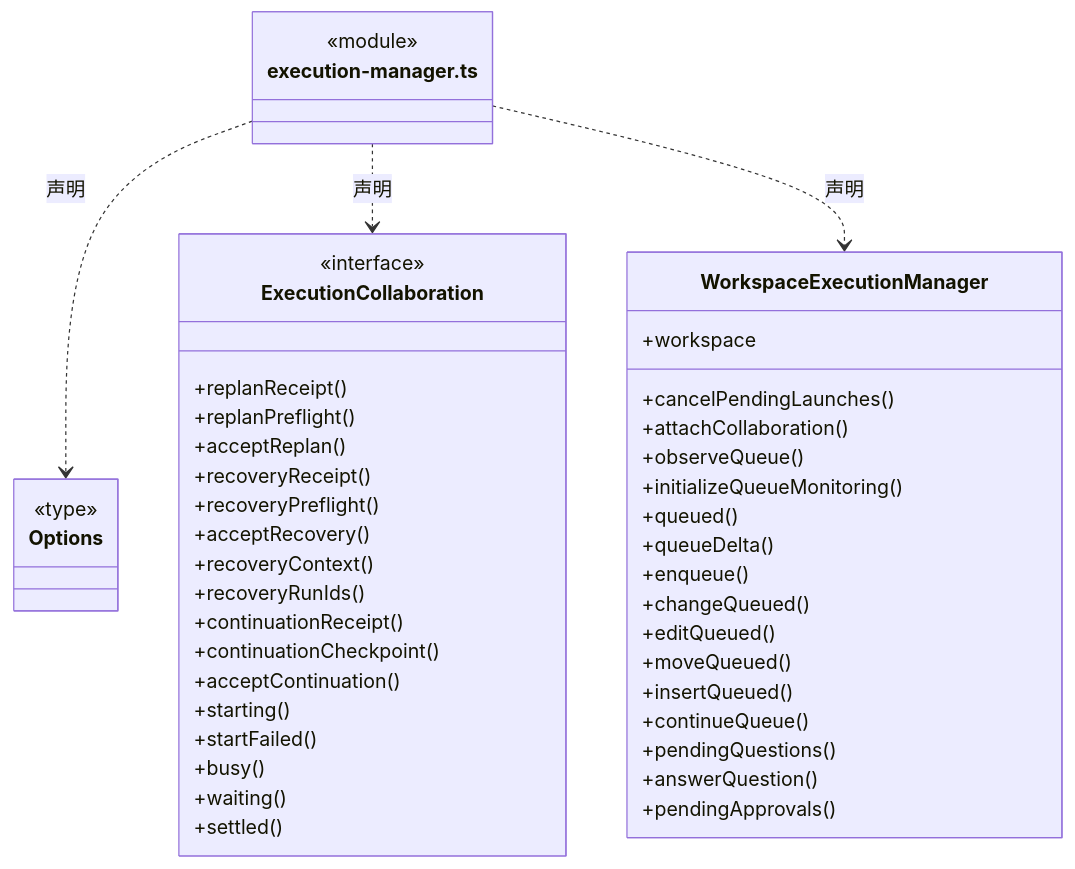
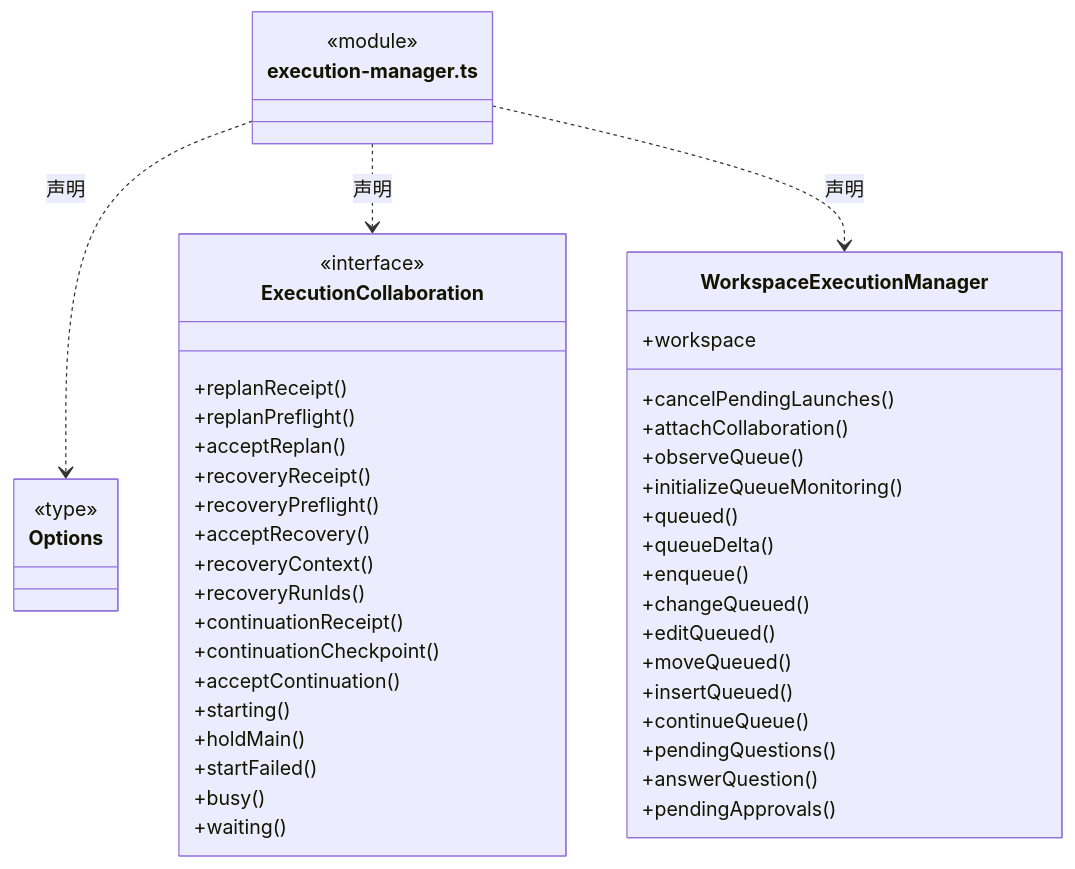
One commit to nan023062/cbim changed the ninth of 48 diagrams in src/backend/scheduler-engine/execution/ARCHITECTURE.md. Above: the diagram before and after it, drawn with Mermaid. The commit also changed other lines of this file and 64 other files, not shown here.

````diff
--- a/src/backend/scheduler-engine/execution/ARCHITECTURE.md
+++ b/src/backend/scheduler-engine/execution/ARCHITECTURE.md
@@ -262,50 +277,50 @@
 ```mermaid
 classDiagram
 class N_src_backend_scheduler_engine_execution_execution_manager_ts["execution-manager.ts"] {
   <<module>>
 }
 class N_src_backend_scheduler_engine_execution_execution_manager_ts_Options["Options"] {
   <<type>>
 
 }
 N_src_backend_scheduler_engine_execution_execution_manager_ts ..> N_src_backend_scheduler_engine_execution_execution_manager_ts_Options : 声明
 class N_src_backend_scheduler_engine_execution_execution_manager_ts_ExecutionCollaboration["ExecutionCollaboration"] {
   <<interface>>
   +replanReceipt()
   +replanPreflight()
   +acceptReplan()
   +recoveryReceipt()
   +recoveryPreflight()
   +acceptRecovery()
   +recoveryContext()
   +recoveryRunIds()
   +continuationReceipt()
   +continuationCheckpoint()
   +acceptContinuation()
   +starting()
+  +holdMain()
   +startFailed()
   +busy()
   +waiting()
-  +settled()
 }
 N_src_backend_scheduler_engine_execution_execution_manager_ts ..> N_src_backend_scheduler_engine_execution_execution_manager_ts_ExecutionCollaboration : 声明
 class N_src_backend_scheduler_engine_execution_execution_manager_ts_WorkspaceExecutionManager["WorkspaceExecutionManager"] {
   +workspace
   +cancelPendingLaunches()
   +attachCollaboration()
   +observeQueue()
   +initializeQueueMonitoring()
   +queued()
   +queueDelta()
   +enqueue()
   +changeQueued()
   +editQueued()
   +moveQueued()
   +insertQueued()
   +continueQueue()
   +pendingQuestions()
   +answerQuestion()
   +pendingApprovals()
 }
 N_src_backend_scheduler_engine_execution_execution_manager_ts ..> N_src_backend_scheduler_engine_execution_execution_manager_ts_WorkspaceExecutionManager : 声明
 ```
````
